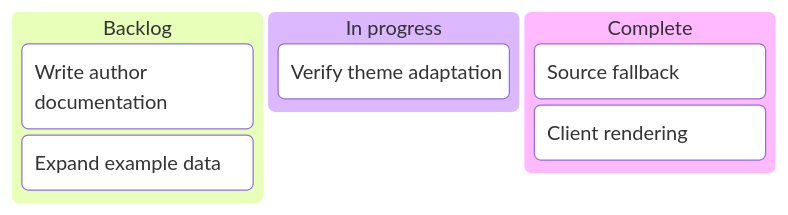
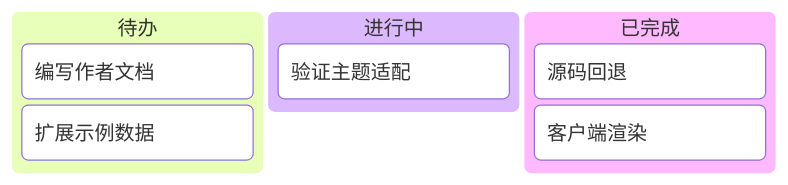
Diagram 13 of 14 in src/content/posts/markdown-mermaid.md (TTStudio336/tncloud.fun), drawn with Mermaid before and after one commit. The commit also changed other lines of this file and 43 other files, not shown here.

````diff
--- a/src/content/posts/markdown-mermaid.md
+++ b/src/content/posts/markdown-mermaid.md
@@ -265,11 +265,11 @@
 ```mermaid
 kanban
-  backlog[Backlog]
-    docs[Write author documentation]
-    examples[Expand example data]
-  active[In progress]
-    themes[Verify theme adaptation]
-  complete[Complete]
-    fallback[Source fallback]
-    rendering[Client rendering]
+  backlog[待办]
+    docs[编写作者文档]
+    examples[扩展示例数据]
+  active[进行中]
+    themes[验证主题适配]
+  complete[已完成]
+    fallback[源码回退]
+    rendering[客户端渲染]
 ```
````
